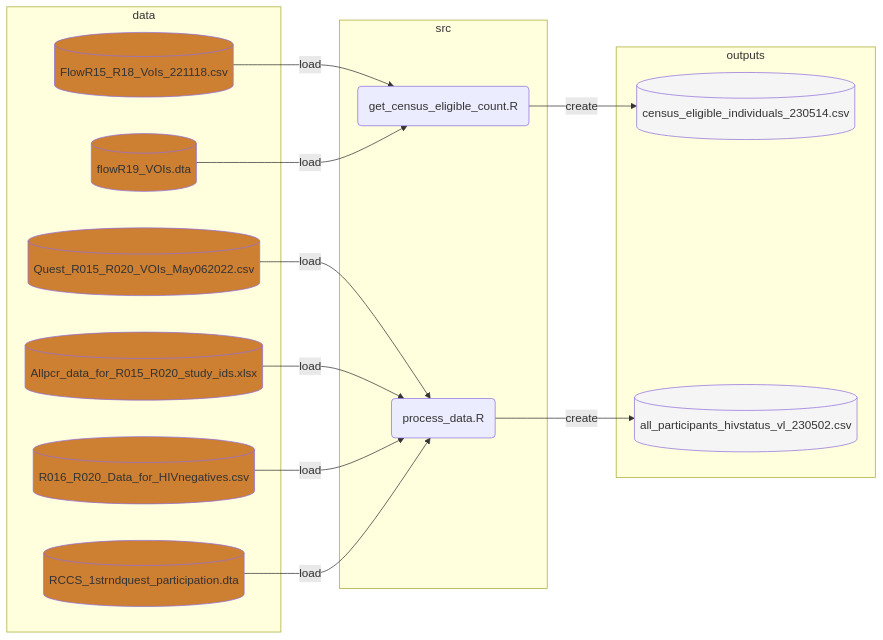
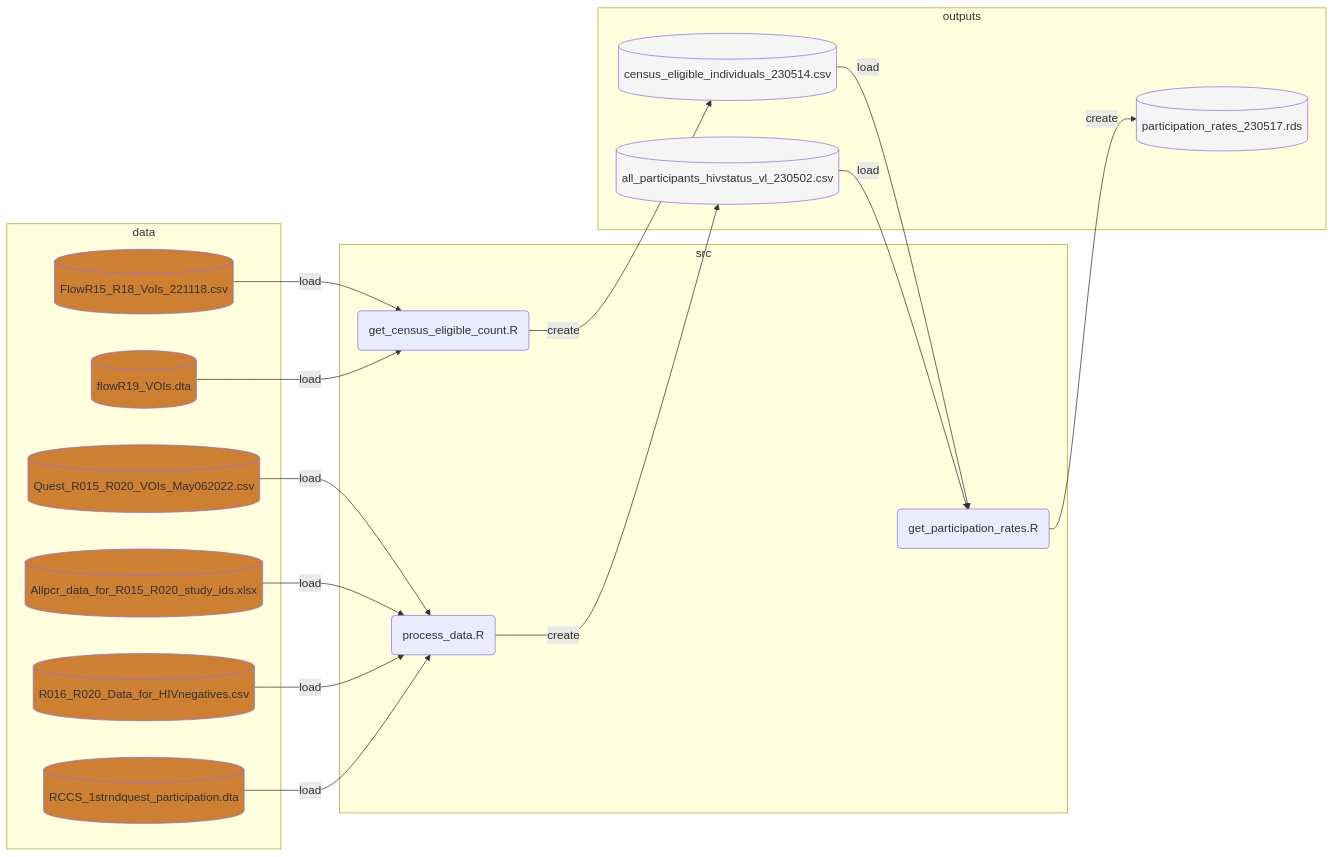
The first of 2 diagrams in docs/README.md (MLGlobalHealth/longi_viral_loads), drawn with Mermaid before and after one commit. The commit also changed other lines of this file and 7 other files, not shown here.

Commit message:
[save] participation rates + plots

````diff
--- a/docs/README.md
+++ b/docs/README.md
@@ -5,45 +5,53 @@
 ```mermaid
 flowchart LR 
 	subgraph data
 		d11[(FlowR15_R18_VoIs_221118.csv)]
 		d12[(flowR19_VOIs.dta)]
  
         d21[(Quest_R015_R020_VOIs_May062022.csv)]
         d22[(Allpcr_data_for_R015_R020_study_ids.xlsx)]
         d23[(R016_R020_Data_for_HIVnegatives.csv)]
         d24[(RCCS_1strndquest_participation.dta)]
 
 
 	end 
 	style d11 fill:#CD7F32
 	style d12 fill:#CD7F32
 	style d21 fill:#CD7F32
 	style d22 fill:#CD7F32
 	style d23 fill:#CD7F32
 	style d24 fill:#CD7F32
 	
 	subgraph src
 		s1(get_census_eligible_count.R)
         s2(process_data.R)
+        s3(get_participation_rates.R) 
 	end
 	
 	subgraph outputs
 		o11[(census_eligible_individuals_230514.csv)]
         o21[(all_participants_hivstatus_vl_230502.csv)]
+        o31[(participation_rates_230517.rds)]
 
 		style o11 fill:#F5F5F5
 		style o21 fill:#F5F5F5
+		style o31 fill:#F5F5F5
 	end
 	
 	d11 -- load --> s1
 	d12 -- load --> s1
 	s1 -- create --> o11
   
 	d21 -- load --> s2
 	d22 -- load --> s2
 	d23 -- load --> s2
 	d24 -- load --> s2
 	s2 -- create --> o21
+ 
+	o11 -- load --> s3
+	o21 -- load --> s3
+	s3 -- create --> o31
+
 
 
 ```
````
